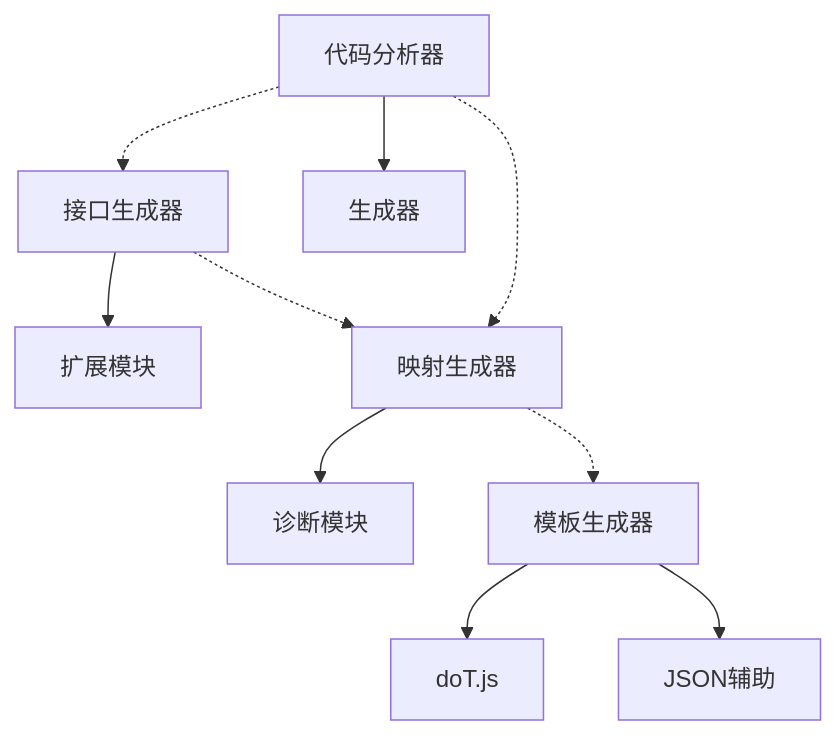
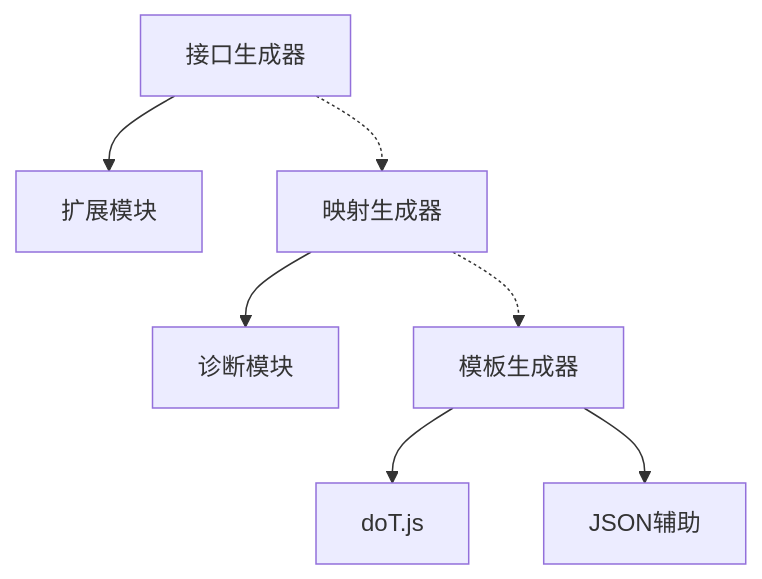
One commit to alivy/AutoCode changed the seventh of 7 diagrams in .qoder/repowiki/zh/content/项目概述.md. Above: the diagram before and after it, drawn with Mermaid. The commit also changed other lines of this file and 152 other files, not shown here.

````diff
--- a/.qoder/repowiki/zh/content/项目概述.md
+++ b/.qoder/repowiki/zh/content/项目概述.md
@@ -428,12 +346,9 @@
 ```mermaid
 graph TB
 IFGEN["接口生成器"] --> EXT["扩展模块"]
 MAPGEN["映射生成器"] --> DIAG["诊断模块"]
 TPLGEN["模板生成器"] --> DOJ["doT.js"]
 TPLGEN --> JSONH["JSON辅助"]
-ANALYZERS["代码分析器"] --> GEN["生成器"]
 IFGEN -.-> MAPGEN
 MAPGEN -.-> TPLGEN
-ANALYZERS -.-> IFGEN
-ANALYZERS -.-> MAPGEN
 ```
````
